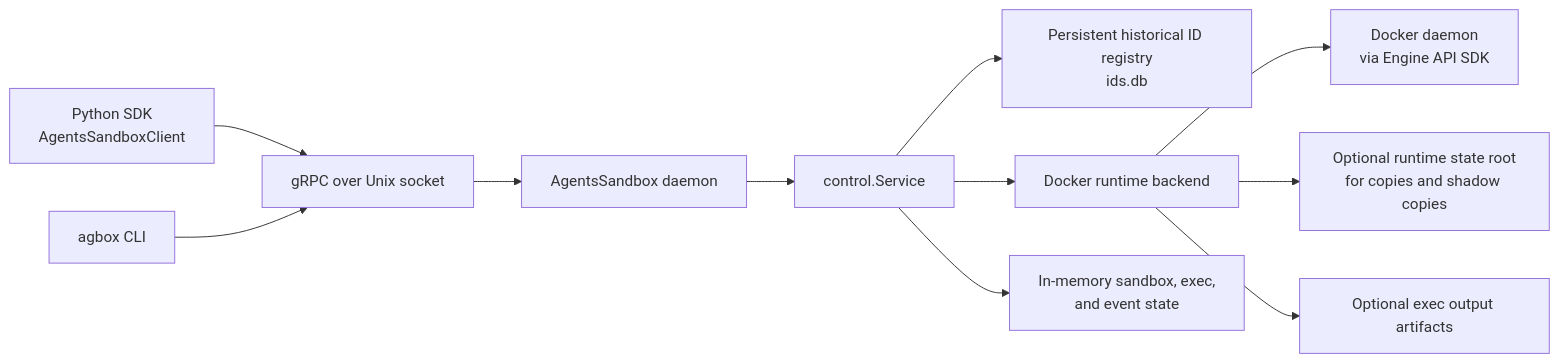
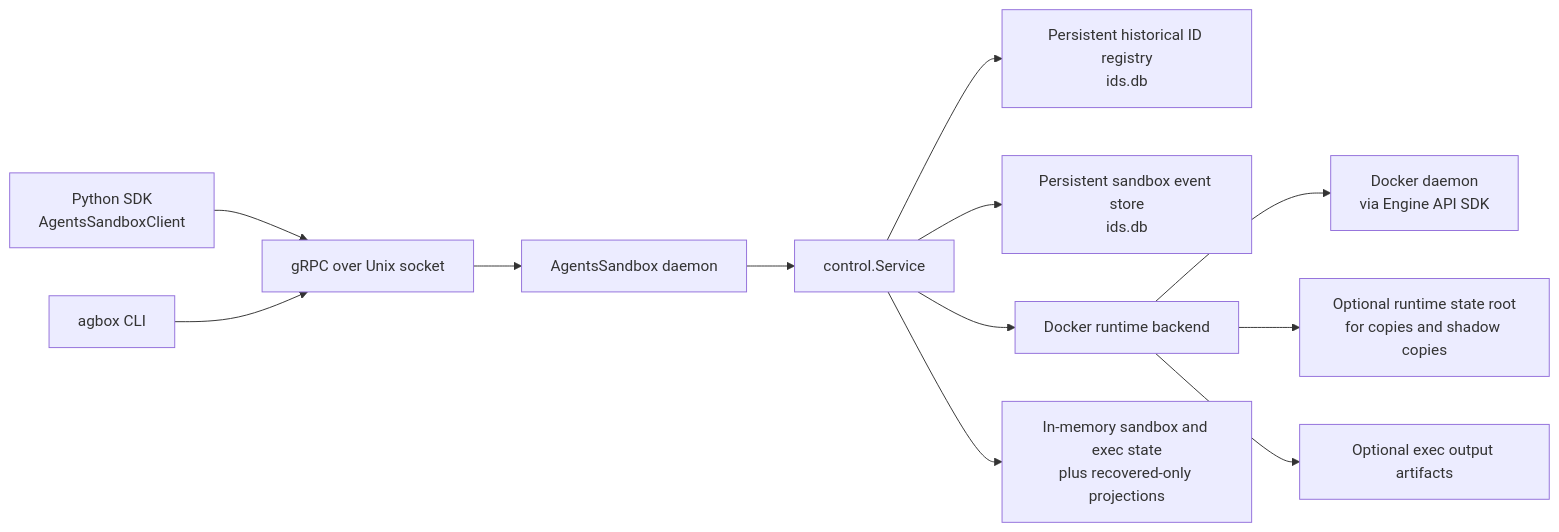
Before and after one commit to 1996fanrui/agents-sandbox: the diagram in docs/architecture_overview.md, drawn with Mermaid. The commit also changed other lines of this file and 10 other files, not shown here.

````diff
--- a/docs/architecture_overview.md
+++ b/docs/architecture_overview.md
@@ -9,13 +9,14 @@
 ```mermaid
 flowchart LR
     SDK[Python SDK\nAgentsSandboxClient] --> RPC[gRPC over Unix socket]
     CLI[agbox CLI] --> RPC
     RPC --> Daemon[AgentsSandbox daemon]
     Daemon --> Service[control.Service]
     Service --> IDDB[Persistent historical ID registry\nids.db]
+    Service --> EventDB[Persistent sandbox event store\nids.db]
     Service --> Runtime[Docker runtime backend]
     Runtime --> Docker[Docker daemon\nvia Engine API SDK]
-    Service --> Memory[In-memory sandbox, exec,\nand event state]
+    Service --> Memory[In-memory sandbox and exec state\nplus recovered-only projections]
     Runtime --> StateRoot[Optional runtime state root\nfor copies and shadow copies]
     Runtime --> Artifacts[Optional exec output artifacts]
 ```
````
